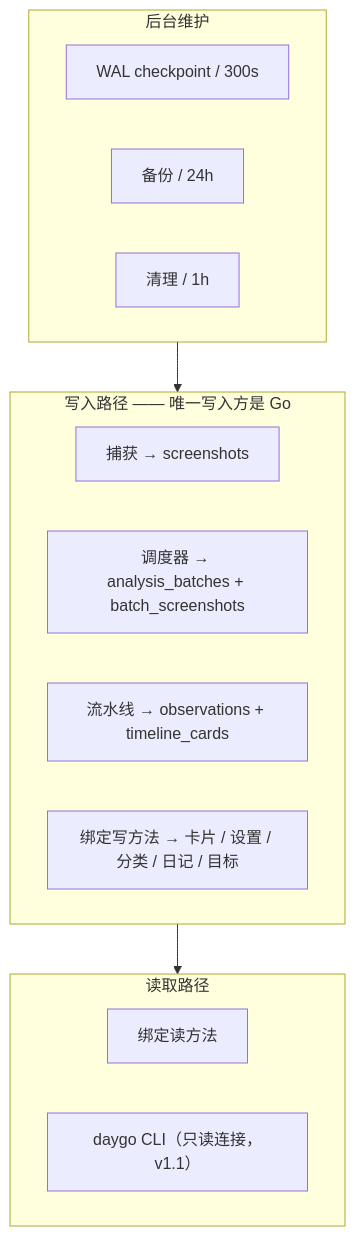
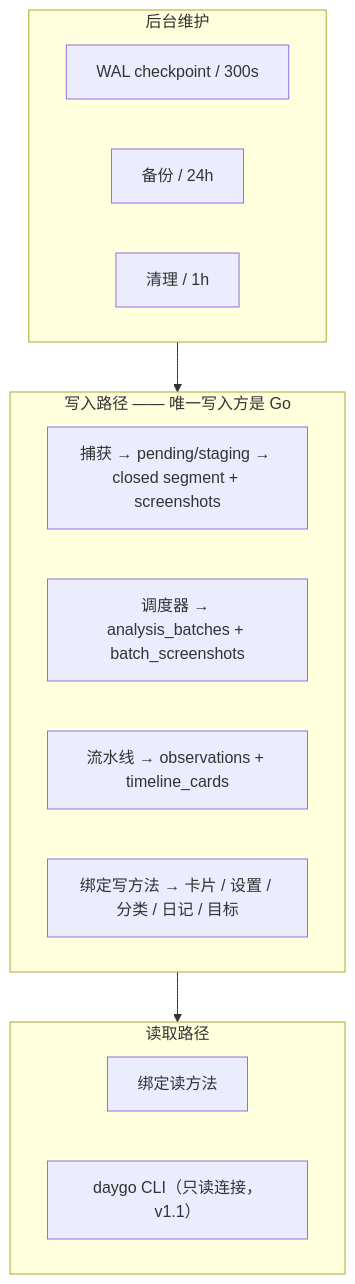
One commit to Jwz-git/Daygo changed the second of 4 diagrams in docs/04-data-flow.md. Above: the diagram before and after it, drawn with Mermaid. The commit also changed other lines of this file and 25 other files, not shown here.

````diff
--- a/docs/04-data-flow.md
+++ b/docs/04-data-flow.md
@@ -125,20 +126,20 @@
 ```mermaid
 flowchart TD
     subgraph W["写入路径 —— 唯一写入方是 Go"]
-        CAP["捕获 → screenshots"]
+        CAP["捕获 → pending/staging → closed segment + screenshots"]
         SCH["调度器 → analysis_batches + batch_screenshots"]
         PIPE["流水线 → observations + timeline_cards"]
         UI["绑定写方法 → 卡片 / 设置 / 分类 / 日记 / 目标"]
     end
     subgraph M["后台维护"]
         CP["WAL checkpoint / 300s"]
         BK["备份 / 24h"]
         PG["清理 / 1h"]
     end
     subgraph R["读取路径"]
         BIND["绑定读方法"]
         CLI["daygo CLI（只读连接，v1.1）"]
     end
     W --> R
     M --> W
 ```
````
